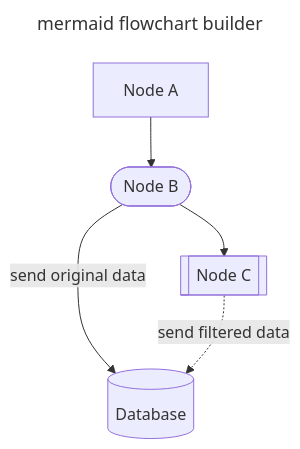
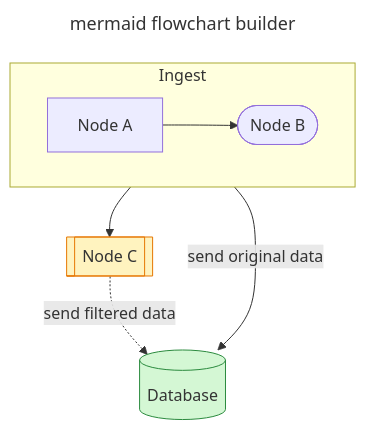
Before and after one commit to nao1215/markdown: the diagram in doc/flowchart/generated.md, drawn with Mermaid. The commit also changed 12 other files, not shown here.

First line of the commit message:
feat(mermaid/flowchart): add subgraphs and the styling the other builders have (#181)

````diff
--- a/doc/flowchart/generated.md
+++ b/doc/flowchart/generated.md
@@ -3,14 +3,21 @@
 ```mermaid
 ---
 title: "mermaid flowchart builder"
 ---
 flowchart TB
-    A["Node A"]
-    B(["Node B"])
+    subgraph ingest["Ingest"]
+        direction LR
+        A["Node A"]
+        B(["Node B"])
+        A-->B
+    end
     C[["Node C"]]
     D[("Database")]
-    A-->B
     B-->|"send original data"|D
     B-->C
     C-. "send filtered data" .-> D
+    classDef stored fill:#d4f7d4,stroke:#2b8a3e
+    class D stored
+    style C fill:#fff3bf,stroke:#e67700
+    click D "https://example.com/database" "The database"
 ```
````
